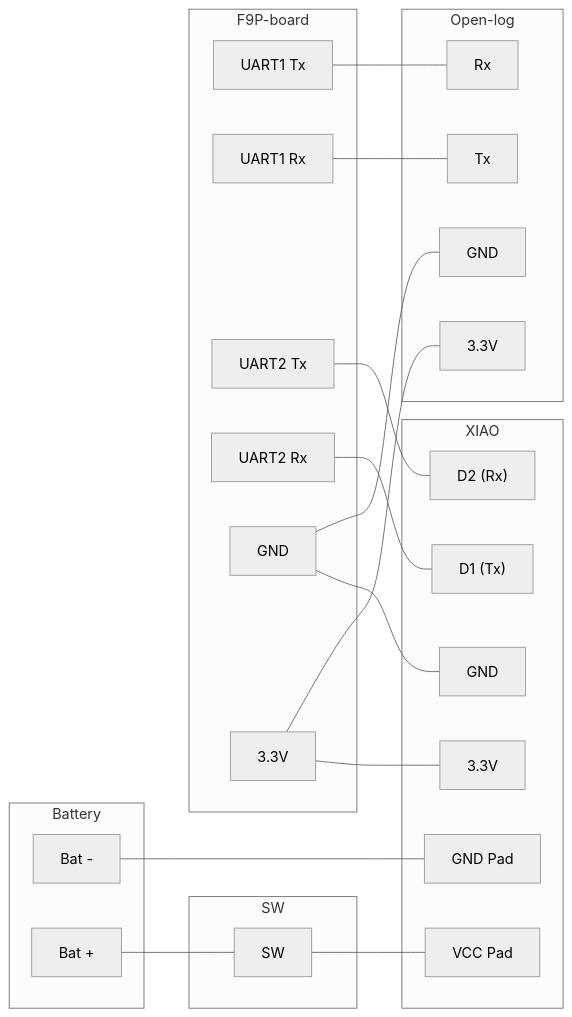
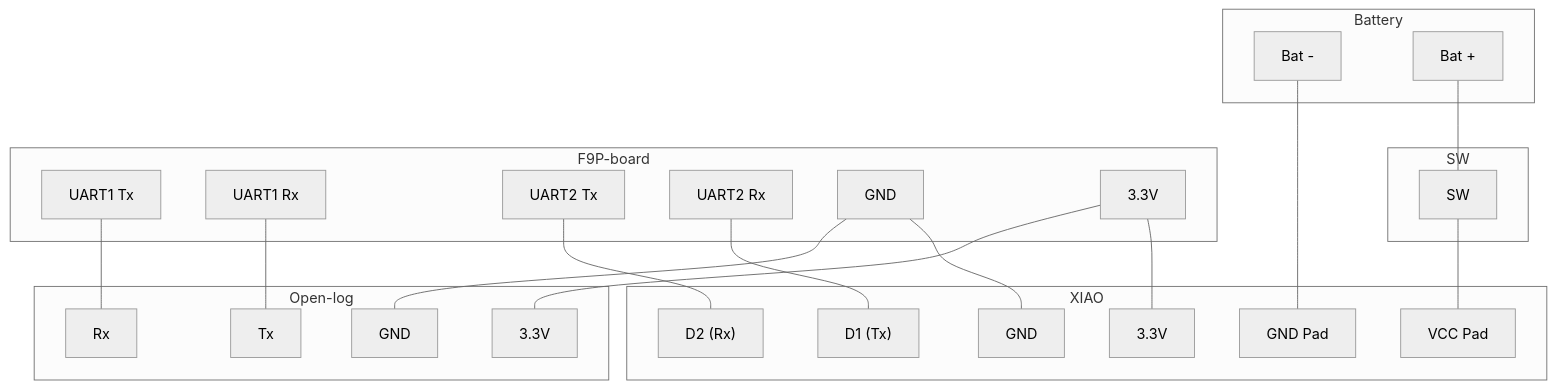
Before and after one commit to h-shiono/pocket-f9p: the diagram in README.md, drawn with Mermaid (neutral theme). The commit also changed other lines of this file and 5 other files, not shown here.

````diff
--- a/README.md
+++ b/README.md
@@ -60,41 +80,41 @@
 ```mermaid
-graph LR
+graph TD
 
     sw[HW Switch]
 
     subgraph XIAO
         gnd_pad[GND Pad]
         vcc_pad[VCC Pad]
         d1["D1 (Tx)"]
         d2["D2 (Rx)"]
         xiao_vcc[3.3V]
         xiao_gnd[GND]
     end
 
     subgraph SW
         sw[SW] --- vcc_pad
     end
 
     subgraph Battery
         bat_minus[Bat -] --- gnd_pad
         bat_plus[Bat +] --- sw
     end
 
     subgraph Open-log
         ol_tx[Tx]
         ol_rx[Rx]
         ol_vcc[3.3V]
         ol_gnd[GND]
     end
 
     subgraph F9P-board
         tx_1[UART1 Tx] --- ol_rx
         rx_1[UART1 Rx] --- ol_tx
         tx_2[UART2 Tx] --- d2
         rx_2[UART2 Rx] --- d1
         f9_gnd[GND] --- ol_gnd 
         f9_vcc[3.3V] --- ol_vcc
         f9_gnd --- xiao_gnd
         f9_vcc --- xiao_vcc
     end
 ```
````
